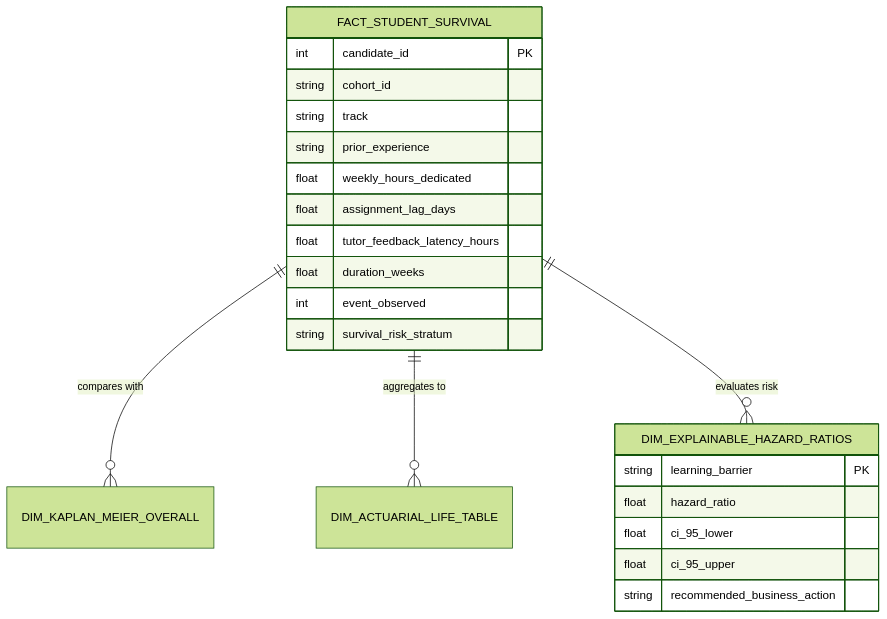
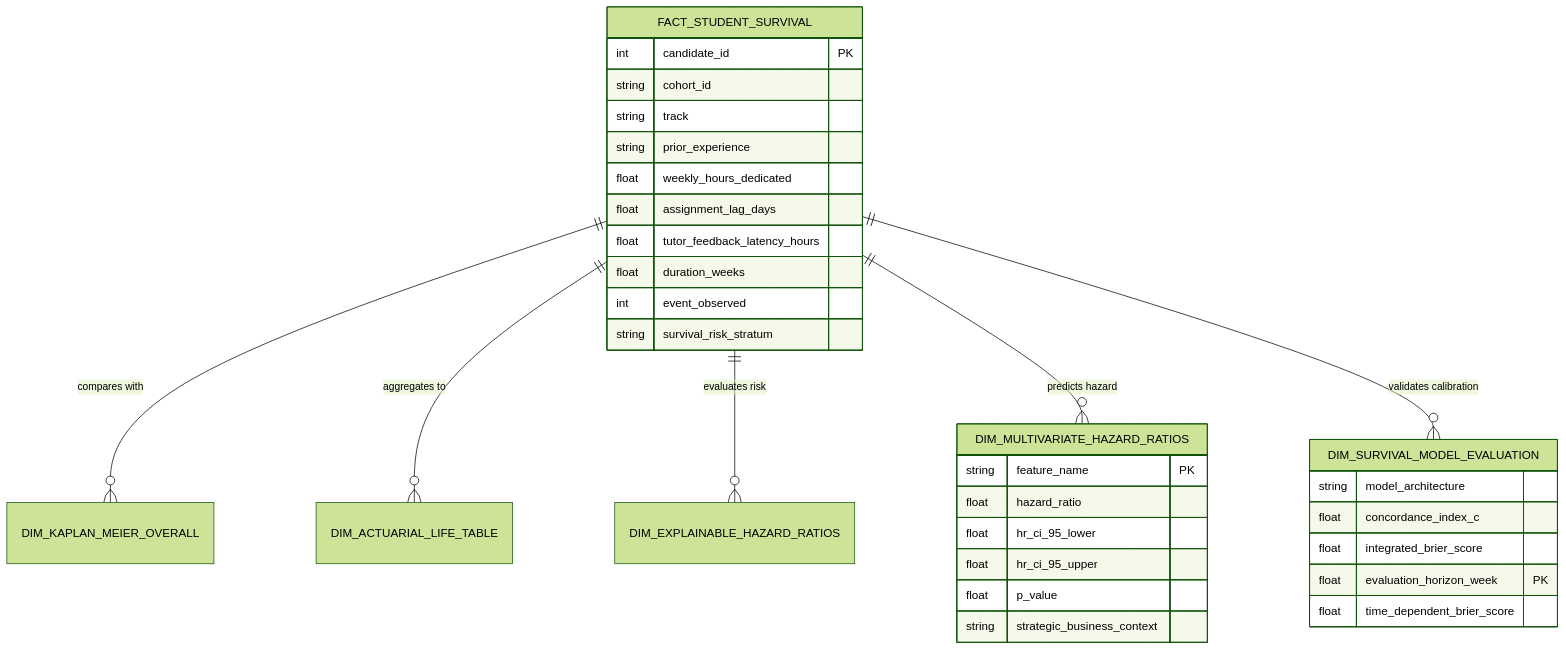
Before and after one commit to Maxrodri0311/crossing-hurdles-talent-survival-engine: the second of 2 diagrams in 00_SPEC.md, drawn with Mermaid (forest theme). The commit also changed other lines of this file and 6 other files, not shown here.

Commit message:
add regularized multivariate cox model with high-order interaction terms, harrell c-index, and ipcw brier calibration

````diff
--- a/00_SPEC.md
+++ b/00_SPEC.md
@@ -80,26 +91,36 @@
 ```mermaid
 erDiagram
     FACT_STUDENT_SURVIVAL ||--o{ DIM_KAPLAN_MEIER_OVERALL : "compares with"
     FACT_STUDENT_SURVIVAL ||--o{ DIM_ACTUARIAL_LIFE_TABLE : "aggregates to"
     FACT_STUDENT_SURVIVAL ||--o{ DIM_EXPLAINABLE_HAZARD_RATIOS : "evaluates risk"
+    FACT_STUDENT_SURVIVAL ||--o{ DIM_MULTIVARIATE_HAZARD_RATIOS : "predicts hazard"
+    FACT_STUDENT_SURVIVAL ||--o{ DIM_SURVIVAL_MODEL_EVALUATION : "validates calibration"
 
     FACT_STUDENT_SURVIVAL {
         int candidate_id PK
         string cohort_id
         string track
         string prior_experience
         float weekly_hours_dedicated
         float assignment_lag_days
         float tutor_feedback_latency_hours
         float duration_weeks
         int event_observed
         string survival_risk_stratum
     }
-    DIM_EXPLAINABLE_HAZARD_RATIOS {
-        string learning_barrier PK
+    DIM_MULTIVARIATE_HAZARD_RATIOS {
+        string feature_name PK
         float hazard_ratio
-        float ci_95_lower
-        float ci_95_upper
-        string recommended_business_action
+        float hr_ci_95_lower
+        float hr_ci_95_upper
+        float p_value
+        string strategic_business_context
+    }
+    DIM_SURVIVAL_MODEL_EVALUATION {
+        string model_architecture
+        float concordance_index_c
+        float integrated_brier_score
+        float evaluation_horizon_week PK
+        float time_dependent_brier_score
     }
 ```
````
